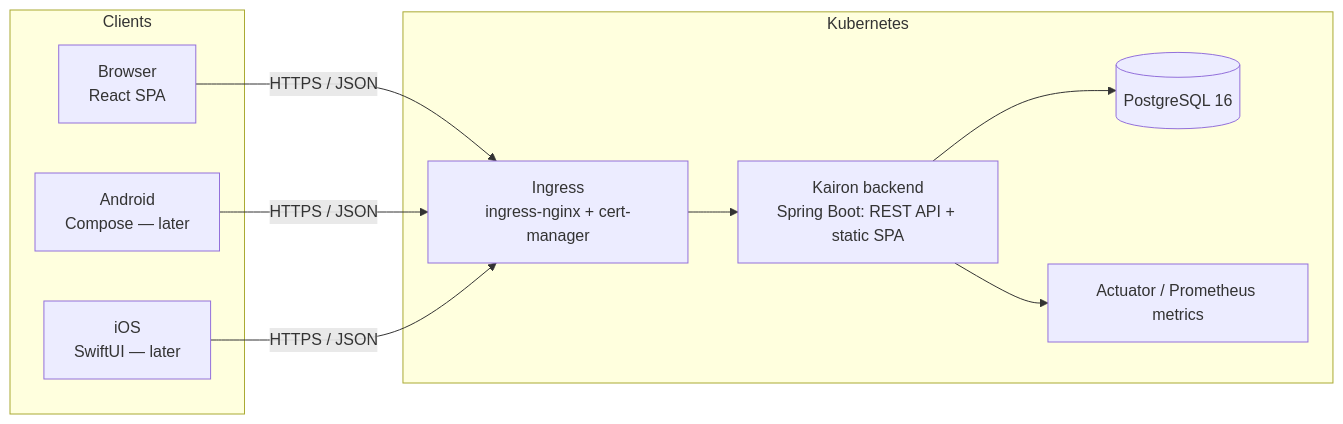
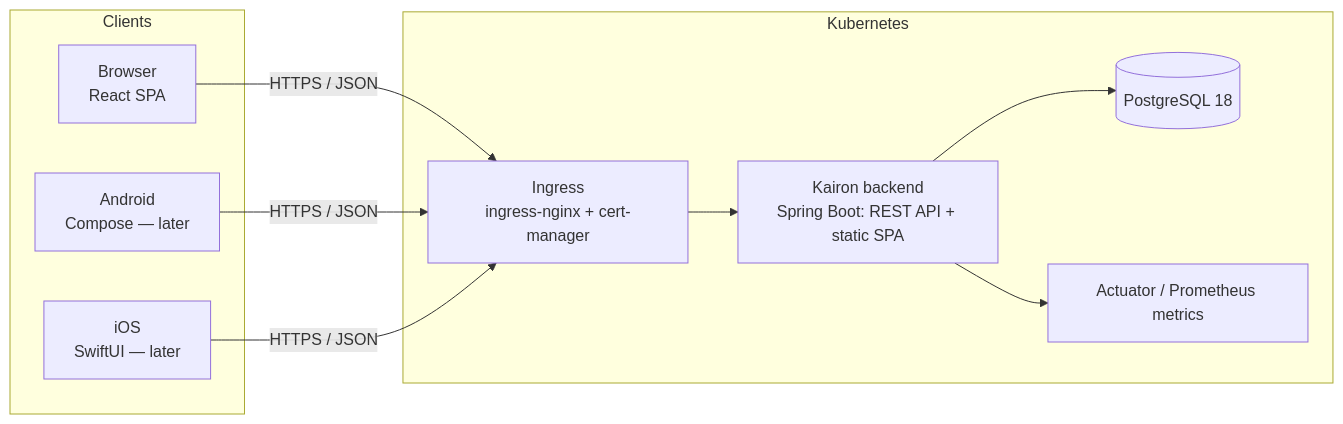
Before and after one commit to lfcabend/Kairon: the first of 2 diagrams in docs/DESIGN.md, drawn with Mermaid. The commit also changed other lines of this file and 5 other files, not shown here.

First line of the commit message:
Docs: correct stated PostgreSQL version from 16 to 18

````diff
--- a/docs/DESIGN.md
+++ b/docs/DESIGN.md
@@ -132,17 +132,17 @@
 ```mermaid
 flowchart LR
     subgraph Clients
         W[Browser<br/>React SPA]
         A[Android<br/>Compose — later]
         I[iOS<br/>SwiftUI — later]
     end
     W -->|HTTPS / JSON| GW
     A -->|HTTPS / JSON| GW
     I -->|HTTPS / JSON| GW
     subgraph Cluster[Kubernetes]
         GW[Ingress<br/>ingress-nginx + cert-manager]
         GW --> B[Kairon backend<br/>Spring Boot: REST API + static SPA]
-        B --> DB[(PostgreSQL 16)]
+        B --> DB[(PostgreSQL 18)]
         B --> OBS[Actuator / Prometheus metrics]
     end
 ```
````
